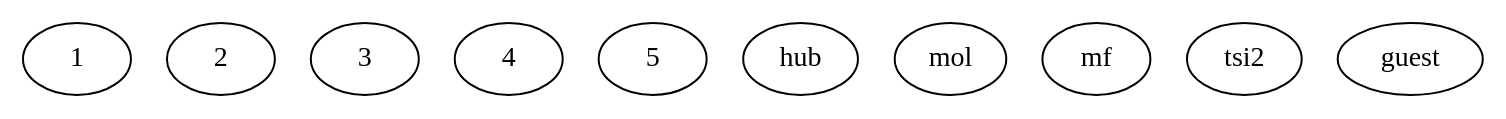
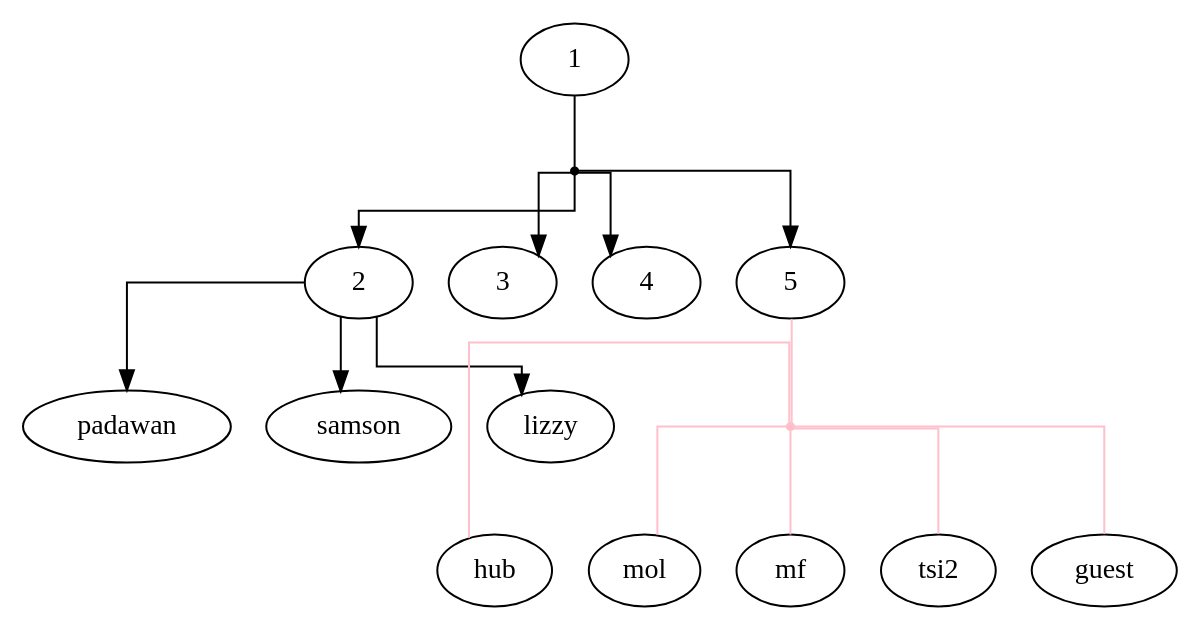
One commit to neilus/OrgChart changed the diagram in dot/test.dot. Above: the diagram before and after it, drawn with Graphviz.

Commit message:
keszitettem egy tesztgrafot, ami tanulsagos svg-t keneral, szep id-kkel

```diff
--- a/dot/test.dot
+++ b/dot/test.dot
@@ -1,15 +1,25 @@
 digraph G{
-graph [splines=ortho, concentrate=true, id="jati-fa"]
-1[id="1"];
-2[id="2"];
-3[id="3"];
-4[id="4"];
-5[id="5"];
-hub[id="hub"];
-mol[id="mol"];
-mf[id="mf"];
-tsi2[id="tsi2"];
-guest[id="guest"];
+graph [splines=ortho, concentrate=true, id="test_fa",overlap=false]
+1[id="\N"];
+2[id="\N"];
+3[id="\N"];
+4[id="\N"];
+5[id="\N"];
+hub[id="\N"];
+mol[id="\N"];
+mf[id="\N"];
+tsi2[id="\N"];
+guest[id="\N"];
 
+11[shape="point",visible="false"];
+55[shape="point",visible="false", color="pink"];
 
+1 -> 11[dir=none,id="1_to_\H"];
+11 -> {2,3,4,5}[id="1_to_\H"];
+
+5 -> 55 [dir=none,id="5_to_\H", color="pink"];
+55 -> {hub,mol,mf,tsi2,guest}[dir=none,id="5_to_\H", color="pink"];
+
+padawan[id="padawan"]; samson[id="samson"]; lizzy[id="lizzy"];
+2 -> {padawan,samson,lizzy}[id="\T_to_\H", splines=ortho,concentrate=true,overlap=false];
 }
```
